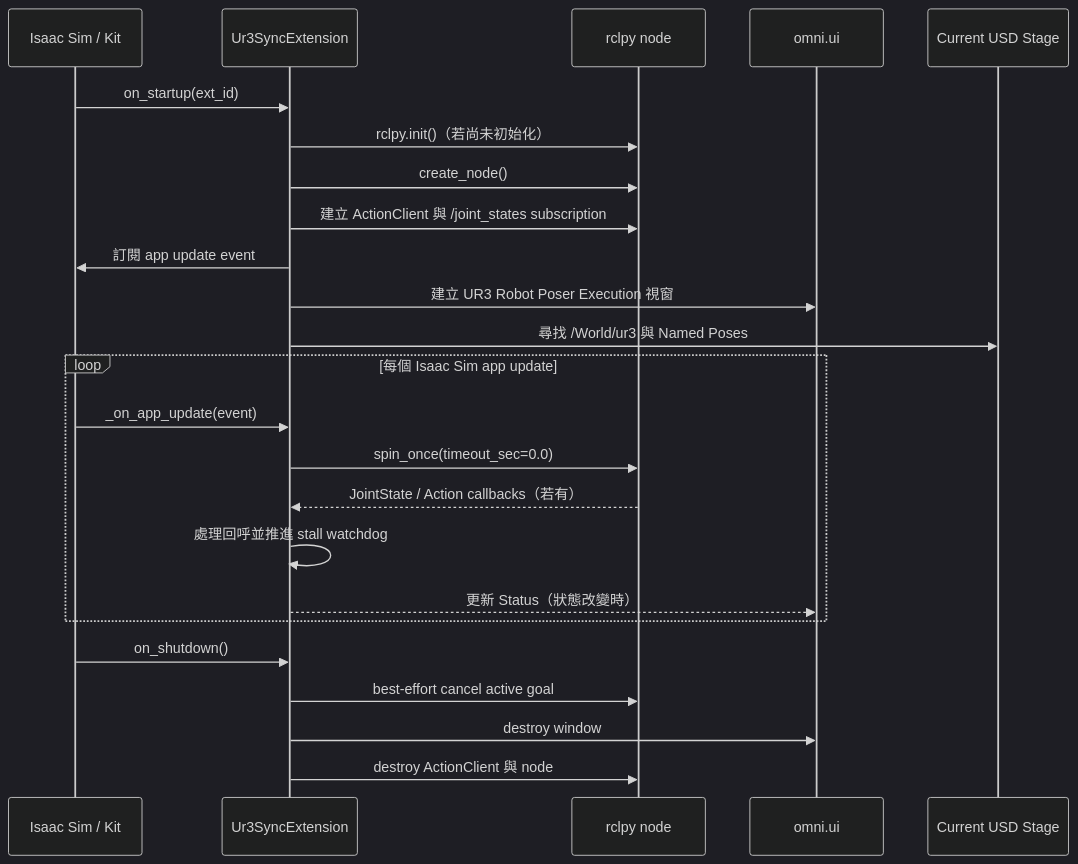
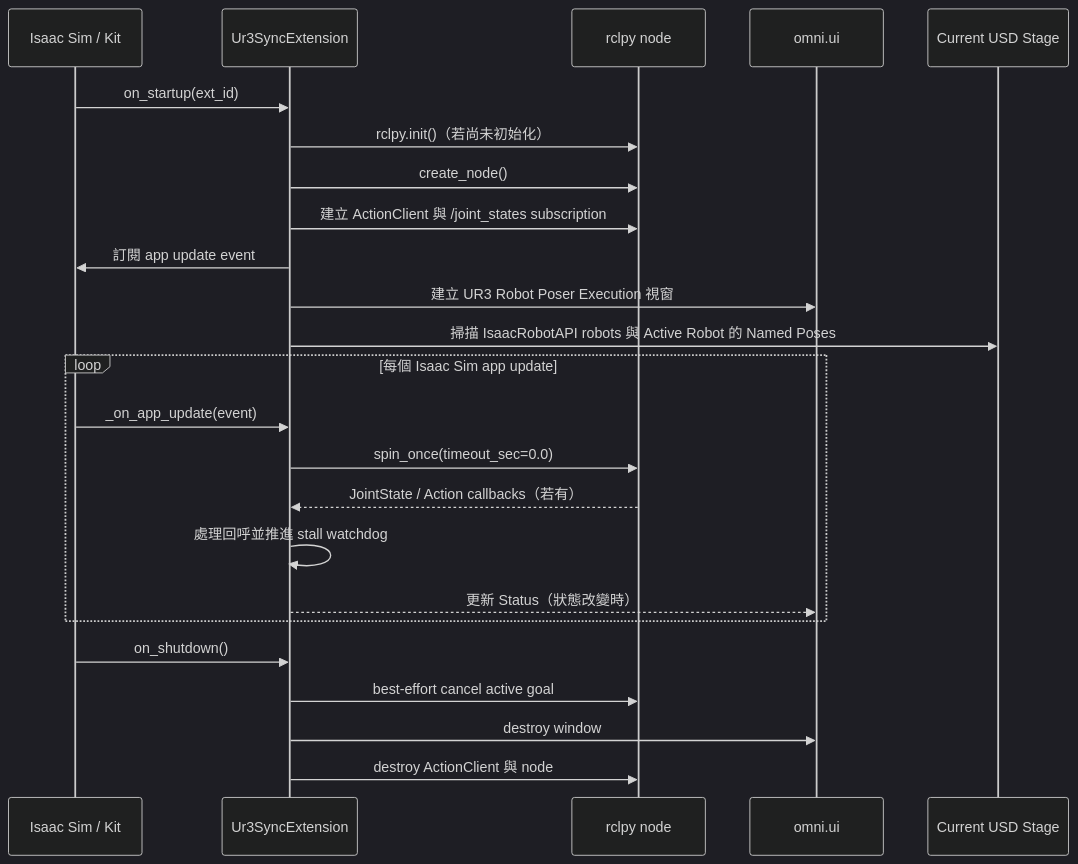
Before and after one commit to WeiChanHo/omni-isaac-ur3-sync: the second of 5 diagrams in README.md, drawn with Mermaid (dark theme). The commit also changed other lines of this file and 6 other files, not shown here.

Commit message:
feat: select active robot

````diff
--- a/README.md
+++ b/README.md
@@ -113,29 +117,29 @@
 ```mermaid
 sequenceDiagram
     participant Kit as Isaac Sim / Kit
     participant Ext as Ur3SyncExtension
     participant ROS as rclpy node
     participant UI as omni.ui
     participant Stage as Current USD Stage
 
     Kit->>Ext: on_startup(ext_id)
     Ext->>ROS: rclpy.init()（若尚未初始化）
     Ext->>ROS: create_node()
     Ext->>ROS: 建立 ActionClient 與 /joint_states subscription
     Ext->>Kit: 訂閱 app update event
     Ext->>UI: 建立 UR3 Robot Poser Execution 視窗
-    Ext->>Stage: 尋找 /World/ur3 與 Named Poses
+    Ext->>Stage: 掃描 IsaacRobotAPI robots 與 Active Robot 的 Named Poses
 
     loop 每個 Isaac Sim app update
         Kit->>Ext: _on_app_update(event)
         Ext->>ROS: spin_once(timeout_sec=0.0)
         ROS-->>Ext: JointState / Action callbacks（若有）
         Ext->>Ext: 處理回呼並推進 stall watchdog
         Ext-->>UI: 更新 Status（狀態改變時）
     end
 
     Kit->>Ext: on_shutdown()
     Ext->>ROS: best-effort cancel active goal
     Ext->>UI: destroy window
     Ext->>ROS: destroy ActionClient 與 node
 ```
````
